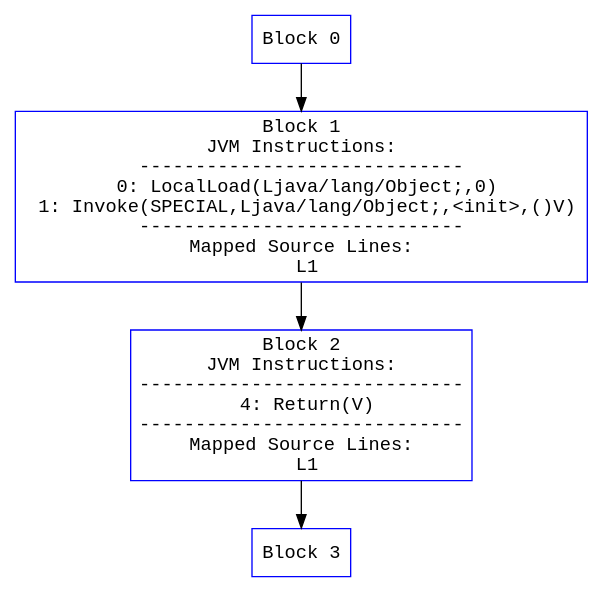
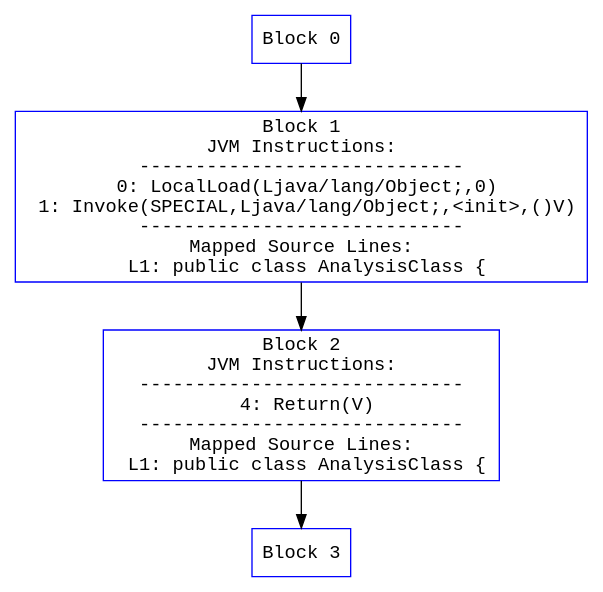
Before and after one commit to punsnx/coop-internship-2026: the diagram in phase_04/export/cfg_bytecode_init.dot, drawn with Graphviz. The commit also changed 7 other files, not shown here.

```diff
--- a/phase_04/export/cfg_bytecode_init.dot
+++ b/phase_04/export/cfg_bytecode_init.dot
@@ -1,10 +1,10 @@
 digraph Reconstructed_Bytecode_CFG {
   node [shape=box, color=blue, fontname="Courier"];
   0 [label="Block 0\n"];
-  1 [label="Block 1\nJVM Instructions:\n-----------------------------\n  0: LocalLoad(Ljava/lang/Object;,0)\n  1: Invoke(SPECIAL,Ljava/lang/Object;,<init>,()V)\n-----------------------------\nMapped Source Lines:\n  L1\n"];
-  2 [label="Block 2\nJVM Instructions:\n-----------------------------\n  4: Return(V)\n-----------------------------\nMapped Source Lines:\n  L1\n"];
+  1 [label="Block 1\nJVM Instructions:\n-----------------------------\n  0: LocalLoad(Ljava/lang/Object;,0)\n  1: Invoke(SPECIAL,Ljava/lang/Object;,<init>,()V)\n-----------------------------\nMapped Source Lines:\n  L1: public class AnalysisClass {\n"];
+  2 [label="Block 2\nJVM Instructions:\n-----------------------------\n  4: Return(V)\n-----------------------------\nMapped Source Lines:\n  L1: public class AnalysisClass {\n"];
   3 [label="Block 3\n"];
   0 -> 1;
   1 -> 2;
   2 -> 3;
 }
```
